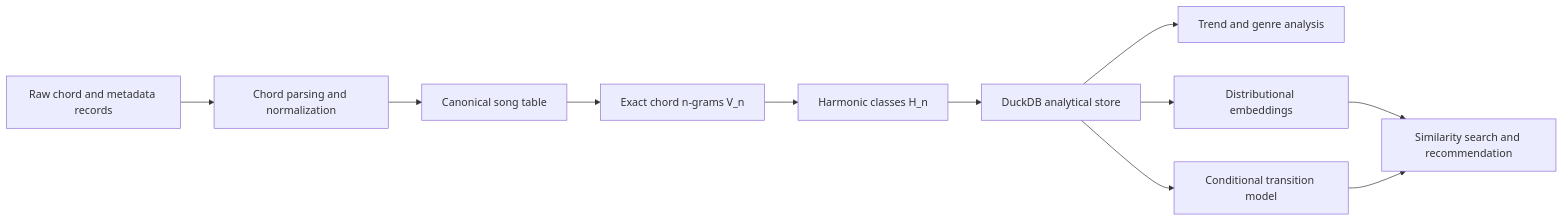
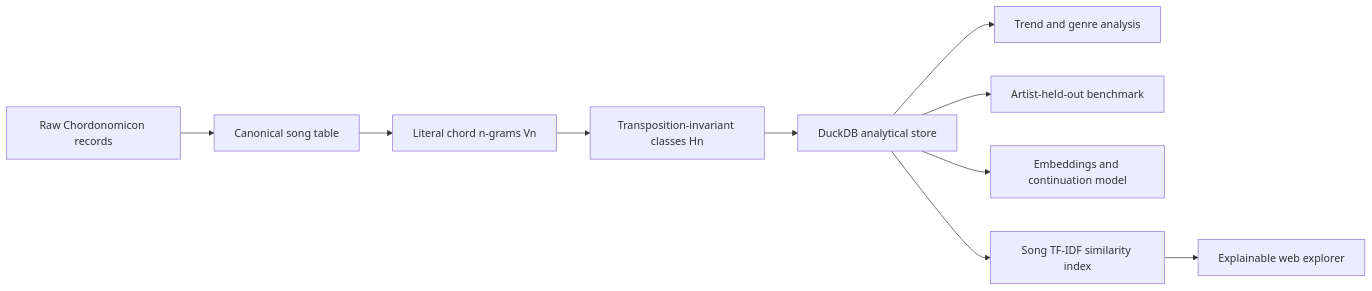
The diagram in README.md (juansalinas2/harmonic-trends), drawn with Mermaid before and after one commit. The commit also changed other lines of this file and 18 other files, not shown here.

````diff
--- a/README.md
+++ b/README.md
@@ -79,13 +63,12 @@
 ```mermaid
 flowchart LR
-    A["Raw chord and metadata records"] --> B["Chord parsing and normalization"]
-    B --> C["Canonical song table"]
-    C --> D["Exact chord n-grams V_n"]
-    D --> E["Harmonic classes H_n"]
-    E --> F["DuckDB analytical store"]
-    F --> G["Trend and genre analysis"]
-    F --> H["Distributional embeddings"]
-    F --> K["Conditional transition model"]
-    H --> J["Similarity search and recommendation"]
-    K --> J
+    A["Raw Chordonomicon records"] --> B["Canonical song table"]
+    B --> C["Literal chord n-grams Vn"]
+    C --> D["Transposition-invariant classes Hn"]
+    D --> E["DuckDB analytical store"]
+    E --> F["Trend and genre analysis"]
+    E --> G["Artist-held-out benchmark"]
+    E --> H["Embeddings and continuation model"]
+    E --> I["Song TF-IDF similarity index"]
+    I --> J["Explainable web explorer"]
 ```
````
